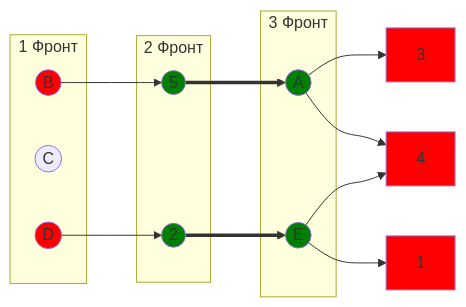
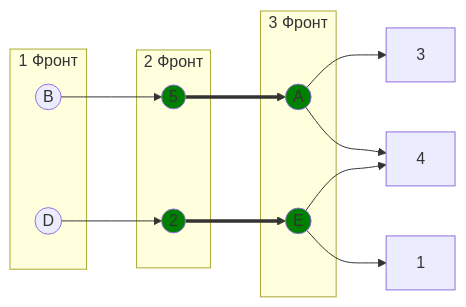
One commit to algos-ris-24-5/manual-tasks changed the second of 11 diagrams in Задание 8/DIVI.md. Above: the diagram before and after it, drawn with Mermaid. The commit also changed other lines of this file, not shown here.

Commit message:
1 задание готовое

````diff
--- a/Задание 8/DIVI.md
+++ b/Задание 8/DIVI.md
@@ -46,31 +46,27 @@
 ```mermaid
 graph LR
     subgraph "1 Фронт"
         B((B))
-        C((C))
         D((D))
     end
     subgraph "2 Фронт"
         5((5))
         2((2))
     end
     subgraph "3 Фронт"
         A((A))
         E((E))
     end
     B --> 5 ==> A --> 3
     A --> 4
     E --> 4
     D --> 2 ==> E --> 1
 
     
-    style B fill:#FF0000
-    style D fill:#FF0000
+
     style A fill:#008000
     style E fill:#008000
     style 5 fill:#008000
     style 2 fill:#008000
-    style 1 fill:#FF0000
-    style 3 fill:#FF0000
-    style 4 fill:#FF0000
+
 ```
````
